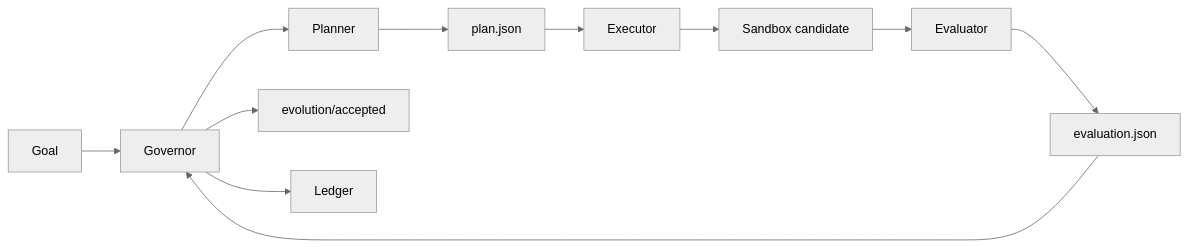
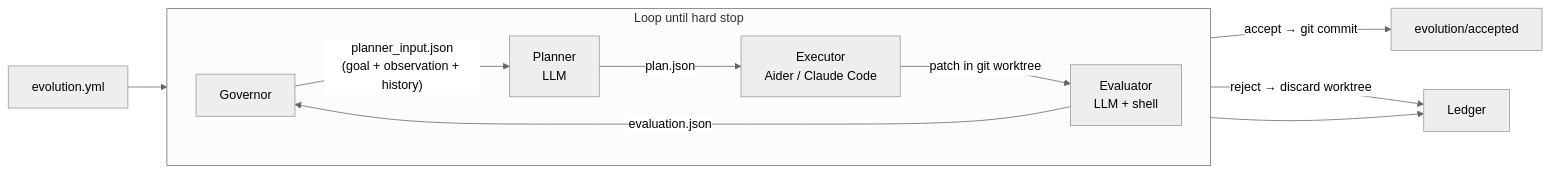
One commit to Protocol-zero-0/evolution-kernel changed the diagram in README.md. Above: the diagram before and after it, drawn with Mermaid (neutral theme). The commit also changed other lines of this file and 9 other files, not shown here.

First line of the commit message:
PR4: LLM roles + multi-round loop + history injection + cost guard + README rewrite

````diff
--- a/README.md
+++ b/README.md
@@ -41,13 +158,16 @@
 ```mermaid
 flowchart LR
-    Goal[Goal] --> Governor[Governor]
-    Governor --> Planner[Planner]
-    Planner --> Plan[plan.json]
-    Plan --> Executor[Executor]
-    Executor --> Candidate[Sandbox candidate]
-    Candidate --> Evaluator[Evaluator]
-    Evaluator --> Eval[evaluation.json]
-    Eval --> Governor
-    Governor --> Accepted[evolution/accepted]
-    Governor --> Ledger[Ledger]
+    Config[evolution.yml] --> Governor
+
+    subgraph loop ["Loop until hard stop"]
+        direction LR
+        Governor -->|"planner_input.json\n(goal + observation + history)"| Planner["Planner\nLLM"]
+        Planner -->|plan.json| Executor["Executor\nAider / Claude Code"]
+        Executor -->|patch in git worktree| Evaluator["Evaluator\nLLM + shell"]
+        Evaluator -->|evaluation.json| Governor
+    end
+
+    Governor -->|"accept → git commit"| AcceptedBranch[evolution/accepted]
+    Governor -->|"reject → discard worktree"| Ledger[Ledger]
+    Governor --> Ledger
 ```
````
